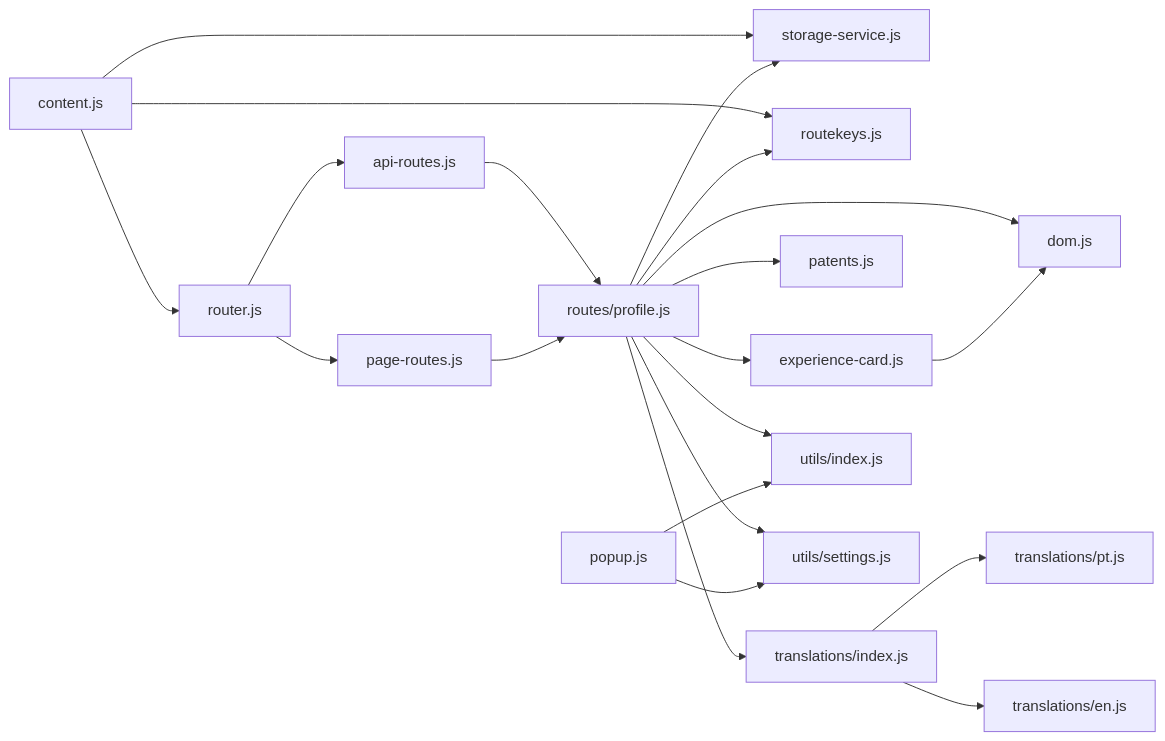
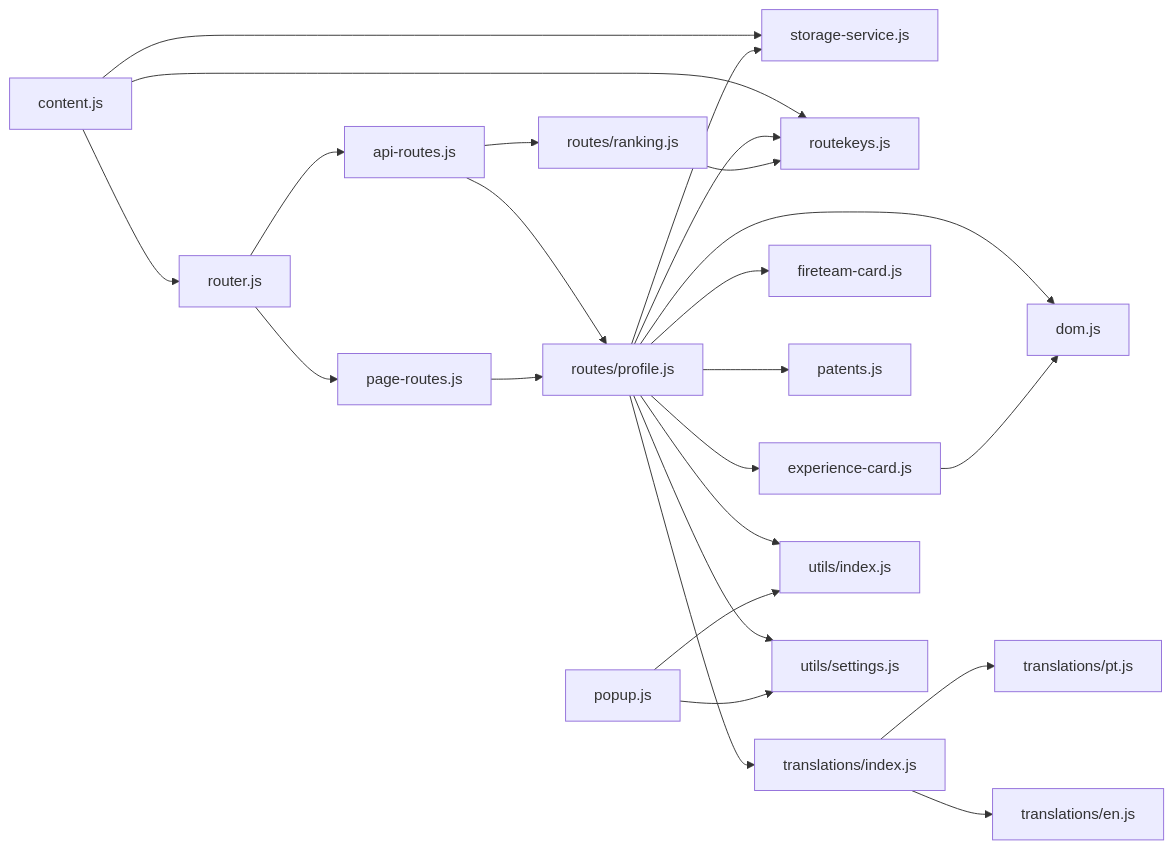
One commit to rafaelandrade74/fcabr-booster changed the second of 2 diagrams in documentation/ARCHITECTURE.md. Above: the diagram before and after it, drawn with Mermaid. The commit also changed other lines of this file and 7 other files, not shown here.

````diff
--- a/documentation/ARCHITECTURE.md
+++ b/documentation/ARCHITECTURE.md
@@ -130,29 +149,33 @@
 ```mermaid
 graph LR
     content["content.js"] --> router["router.js"]
     content --> storage["storage-service.js"]
     content --> routekeys["routekeys.js"]
 
     router --> api-routes["api-routes.js"]
     router --> page-routes["page-routes.js"]
 
     api-routes --> profile["routes/profile.js"]
     page-routes --> profile
 
     profile --> dom["dom.js"]
     profile --> exp-card["experience-card.js"]
+    profile --> fireteam-card["fireteam-card.js"]
     profile --> patents["patents.js"]
     profile --> translations["translations/index.js"]
     profile --> storage
     profile --> routekeys
     profile --> utils["utils/index.js"]
     profile --> settings["utils/settings.js"]
 
     exp-card --> dom
 
     translations --> pt["translations/pt.js"]
     translations --> en["translations/en.js"]
 
     popup["popup.js"] --> utils
     popup --> settings
+
+    ranking["routes/ranking.js"] --> routekeys
+    api-routes --> ranking
 ```
````
